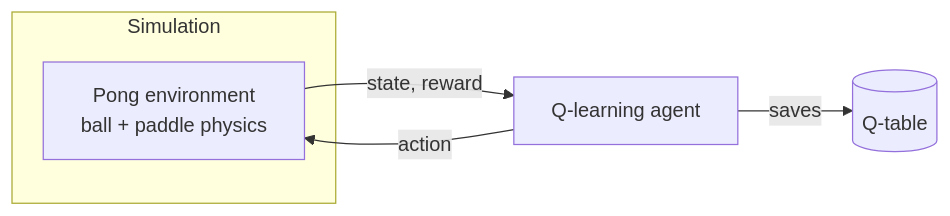
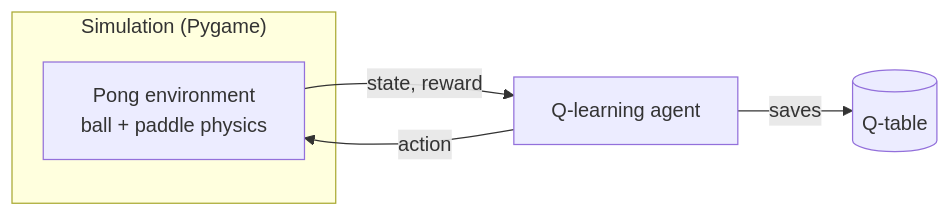
One commit to AMROAMRO404/Goalkeeper-QLearning changed the first of 2 diagrams in README.md. Above: the diagram before and after it, drawn with Mermaid. The commit also changed other lines of this file, not shown here.

````diff
--- a/README.md
+++ b/README.md
@@ -17,12 +19,12 @@
 ```mermaid
 flowchart LR
-    subgraph SIM["Simulation"]
+    subgraph SIM["Simulation (Pygame)"]
         ENV["Pong environment<br/>ball + paddle physics"]
     end
     AGENT["Q-learning agent"]
     QT[("Q-table")]
 
     AGENT -- action --> ENV
     ENV -- state, reward --> AGENT
     AGENT -- saves --> QT
 ```
````
